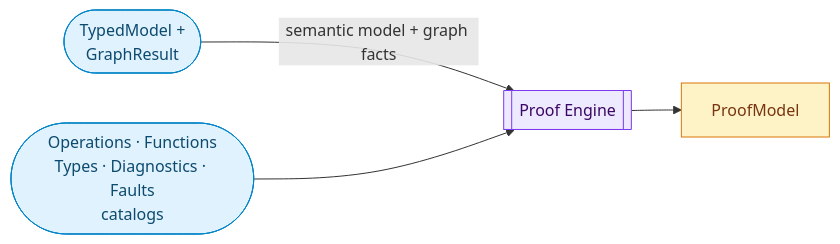
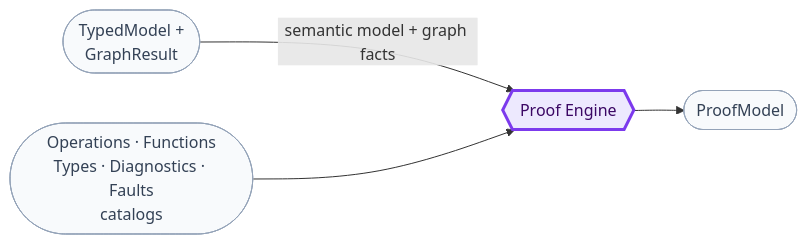
Before and after one commit to sfalik/Precept: the sixth of 9 diagrams in docs/compiler-and-runtime-design.md, drawn with Mermaid. The commit also changed other lines of this file, not shown here.

Commit message:
docs: fix diagram shape consistency and visual hierarchy in §4–§11

````diff
--- a/docs/compiler-and-runtime-design.md
+++ b/docs/compiler-and-runtime-design.md
@@ -397,15 +393,14 @@
 ```mermaid
 flowchart LR
-    TM(["TypedModel +\nGraphResult"]):::input
-    CAT(["Operations · Functions\nTypes · Diagnostics · Faults\ncatalogs"]):::input
-    PE[["Proof Engine"]]:::stage
-    OUT["ProofModel"]:::artifact
+    classDef data fill:#f8fafc,stroke:#94a3b8,color:#334155
+    classDef stage fill:#ede9fe,stroke:#7c3aed,stroke-width:3px,color:#3b0764
+
+    TM(["TypedModel +\nGraphResult"]):::data
+    CAT(["Operations · Functions\nTypes · Diagnostics · Faults\ncatalogs"]):::data
+    PE{{"Proof Engine"}}:::stage
+    OUT(["ProofModel"]):::data
 
     TM -->|"semantic model + graph facts"| PE
     CAT --> PE
     PE --> OUT
-
-    classDef input fill:#e0f2fe,stroke:#0284c7,color:#0c4a6e
-    classDef stage fill:#ede9fe,stroke:#7c3aed,color:#3b0764
-    classDef artifact fill:#fef3c7,stroke:#d97706,color:#78350f
 ```
````
